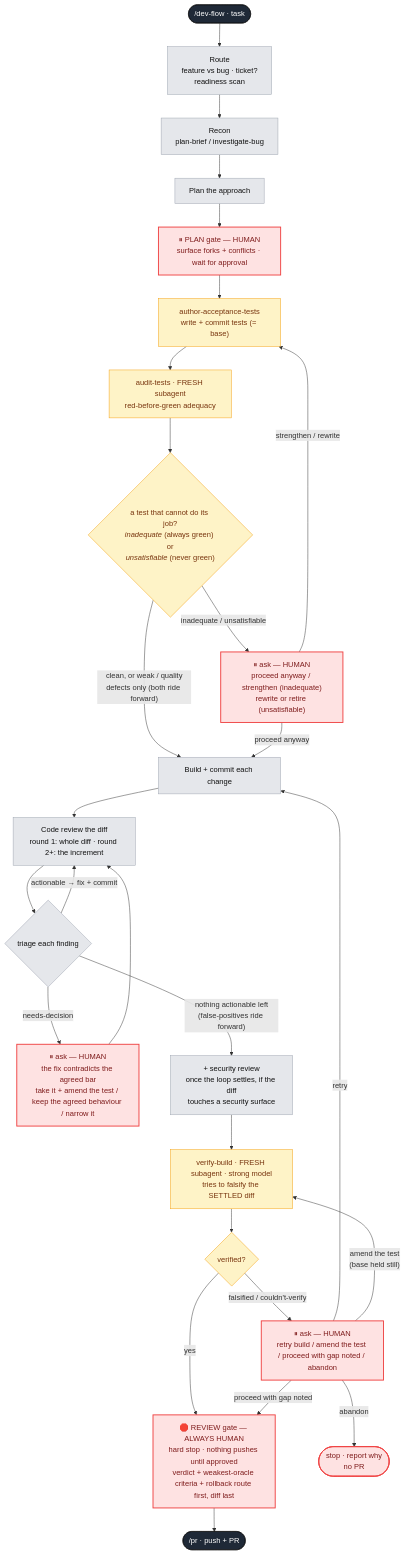
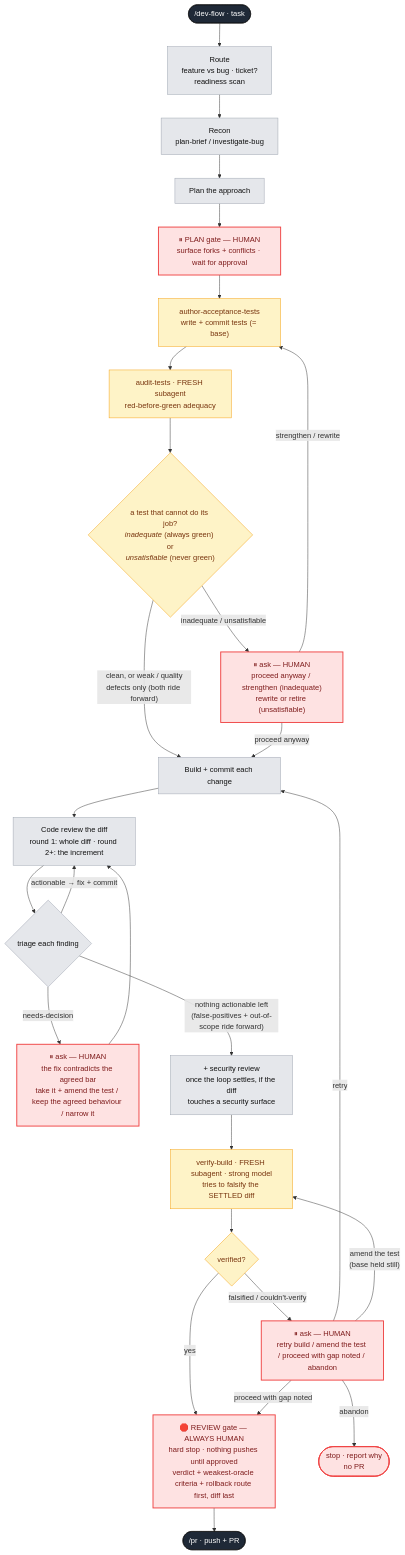
The diagram in docs/dev-flow.md (jamcgrath/dev-flow-skills), drawn with Mermaid before and after one commit. The commit also changed 1 other file, not shown here.

Commit message:
Add an out-of-scope bucket to dev-flow's review triage
Intent: built-in /code-review raises findings outside the change, or reachable
only through extreme inputs, and the step 8 triage had nowhere to put them —
actionable, false-positive and needs-decision all assume the finding should be
fixed or was wrong. Worse, step 8 said a missed pre-existing finding "gets
fixed", pulling untouched code into the change.
Approach: a fourth bucket, out-of-scope — real but outside what this change
touches or introduces, or with no realistic trigger (name the input that breaks
it, or it lands here). Not fixed; one line each to the REVIEW gate, whose
findings list now includes it. Pre-existing findings are fixed only when this
change makes them reachable. Flow summary and docs diagram updated to match.
Alternatives ruled out:
- Folding these into false-positive — the review didn't misread the code; the
  gate should see "real but not ours" separately from "wrong".
- Lowering the /code-review level instead — still leaves no bucket for what
  it does raise.

````diff
--- a/docs/dev-flow.md
+++ b/docs/dev-flow.md
@@ -8,60 +8,60 @@
 ```mermaid
 flowchart TD
     A([/dev-flow · task]):::start --> B
 
     B["Route<br/>feature vs bug · ticket?<br/>readiness scan"]:::always --> C
 
     C["Recon<br/>plan-brief / investigate-bug"]:::always --> D
 
     D["Plan the approach"]:::always --> GATE
 
     GATE["⏸ PLAN gate — HUMAN<br/>surface forks + conflicts · wait for approval"]:::human --> AT
 
     AT["author-acceptance-tests<br/>write + commit tests (= base)"]:::testint --> AUD
     AUD["audit-tests · FRESH subagent<br/>red-before-green adequacy"]:::testint --> AGCHK
 
     AGCHK{"a test that cannot do its job?<br/><i>inadequate</i> (always green) or<br/><i>unsatisfiable</i> (never green)"}:::testint
     AGCHK -->|"inadequate / unsatisfiable"| AESC
     AGCHK -->|"clean, or weak / quality<br/>defects only (both ride forward)"| BUILD
 
     AESC["⏸ ask — HUMAN<br/>proceed anyway / strengthen (inadequate)<br/>rewrite or retire (unsatisfiable)"]:::human
     AESC -->|"strengthen / rewrite"| AT
     AESC -->|"proceed anyway"| BUILD
 
     BUILD["Build + commit each change"]:::always --> CR
 
     CR["Code review the diff<br/>round 1: whole diff · round 2+: the increment"]:::always --> TRI
 
     TRI{"triage each finding"}:::always
     TRI -->|"actionable → fix + commit"| CR
     TRI -->|"needs-decision"| RESC
-    TRI -->|"nothing actionable left<br/>(false-positives ride forward)"| SEC
+    TRI -->|"nothing actionable left<br/>(false-positives + out-of-scope ride forward)"| SEC
 
     RESC["⏸ ask — HUMAN<br/>the fix contradicts the agreed bar<br/>take it + amend the test / keep the agreed behaviour / narrow it"]:::human
     RESC --> CR
 
     SEC["+ security review<br/>once the loop settles, if the diff<br/>touches a security surface"]:::always --> VB
 
     VB["verify-build · FRESH subagent · strong model<br/>tries to falsify the SETTLED diff"]:::testint --> VCHK
 
     VCHK{"verified?"}:::testint
     VCHK -->|yes| RG
     VCHK -->|"falsified / couldn't-verify"| VESC
 
     VESC["⏸ ask — HUMAN<br/>retry build / amend the test / proceed with gap noted / abandon"]:::human
     VESC -->|retry| BUILD
     VESC -->|"amend the test<br/>(base held still)"| VB
     VESC -->|"proceed with gap noted"| RG
     VESC -->|abandon| STOP
 
     STOP(["stop · report why<br/>no PR"]):::human
 
     RG["🛑 REVIEW gate — ALWAYS HUMAN<br/>hard stop · nothing pushes until approved<br/>verdict + weakest-oracle criteria + rollback route first, diff last"]:::human --> PR
 
     PR([/pr · push + PR]):::start
 
     classDef start fill:#1f2937,color:#fff,stroke:#111;
     classDef always fill:#e5e7eb,color:#111,stroke:#9ca3af;
     classDef human fill:#fee2e2,color:#7f1d1d,stroke:#ef4444,stroke-width:2px;
     classDef testint fill:#fef3c7,color:#78350f,stroke:#f59e0b;
 ```
````
